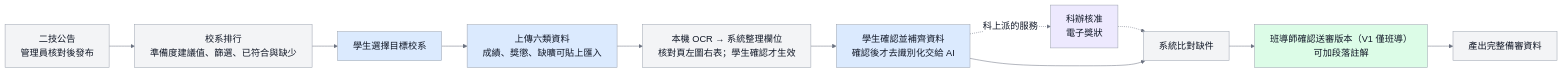
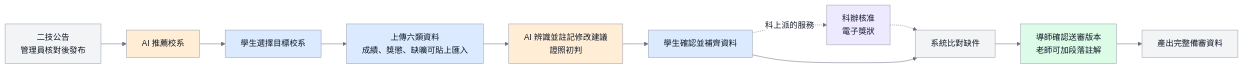
One commit to 111534107/smart-learning-portfolio-main changed diagram 19 of 19 in docs/04_圖表與介面/03_檢查與圖表規範/diagrams.md. Above: the diagram before and after it, drawn with Mermaid. The commit also changed other lines of this file and 841 other files, not shown here.

````diff
--- a/docs/04_圖表與介面/03_檢查與圖表規範/diagrams.md
+++ b/docs/04_圖表與介面/03_檢查與圖表規範/diagrams.md
@@ -1354,21 +1300,21 @@
 ```mermaid
-%%{init: {'theme':'base','themeVariables': {'fontSize':'18px','fontFamily':'DFKai-SB, BiauKai, serif','primaryColor':'#F3F4F6','primaryTextColor':'#111827','primaryBorderColor':'#9CA3AF','lineColor':'#6B7280','edgeLabelBackground':'#FFFFFF'},'flowchart':{'wrappingWidth':400}}}%%
+%%{init: {'theme':'base','themeVariables': {'fontFamily':'Microsoft JhengHei, Noto Sans TC, Arial, sans-serif','primaryColor':'#F3F4F6','primaryTextColor':'#111827','primaryBorderColor':'#9CA3AF','lineColor':'#6B7280','edgeLabelBackground':'#FFFFFF'},'flowchart':{'wrappingWidth':400}}}%%
 flowchart LR
     classDef student fill:#DBEAFE,stroke:#9CA3AF,color:#111827,stroke-width:1px;
     classDef system fill:#F3F4F6,stroke:#9CA3AF,color:#111827,stroke-width:1px;
     classDef teacher fill:#DCFCE7,stroke:#9CA3AF,color:#111827,stroke-width:1px;
     classDef staff fill:#EDE9FE,stroke:#9CA3AF,color:#111827,stroke-width:1px;
     classDef ai fill:#FFEDD5,stroke:#9CA3AF,color:#111827,stroke-width:1px;
 
     Notice[二技公告<br/>管理員核對後發布]:::system --> Recommend
-    Recommend[校系排行<br/>準備度建議值、篩選、已符合與缺少]:::system --> Target[學生選擇目標校系]:::student
+    Recommend[AI 推薦校系]:::ai --> Target[學生選擇目標校系]:::student
     Target --> Upload[上傳六類資料<br/>成績、獎懲、缺曠可貼上匯入]:::student
-    Upload --> Check[本機 OCR → 系統整理欄位<br/>核對頁左圖右表；學生確認才生效]:::system
-    Check --> Confirm[學生確認並補齊資料<br/>確認後才去識別化交給 AI]:::student
+    Upload --> Check[AI 辨識並註記修改建議<br/>證照初判]:::ai
+    Check --> Confirm[學生確認並補齊資料]:::student
     Confirm -.科上派的服務.-> Staff[科辦核准<br/>電子獎狀]:::staff
     Staff -.-> Core
     Confirm --> Core[系統比對缺件]:::system
     Core --> Teacher
-    Teacher[班導師確認送審版本（V1 僅班導）<br/>可加段落註解]:::teacher
+    Teacher[導師確認送審版本<br/>老師可加段落註解]:::teacher
     Teacher --> Output[產出完整備審資料]:::system
 ```
````
